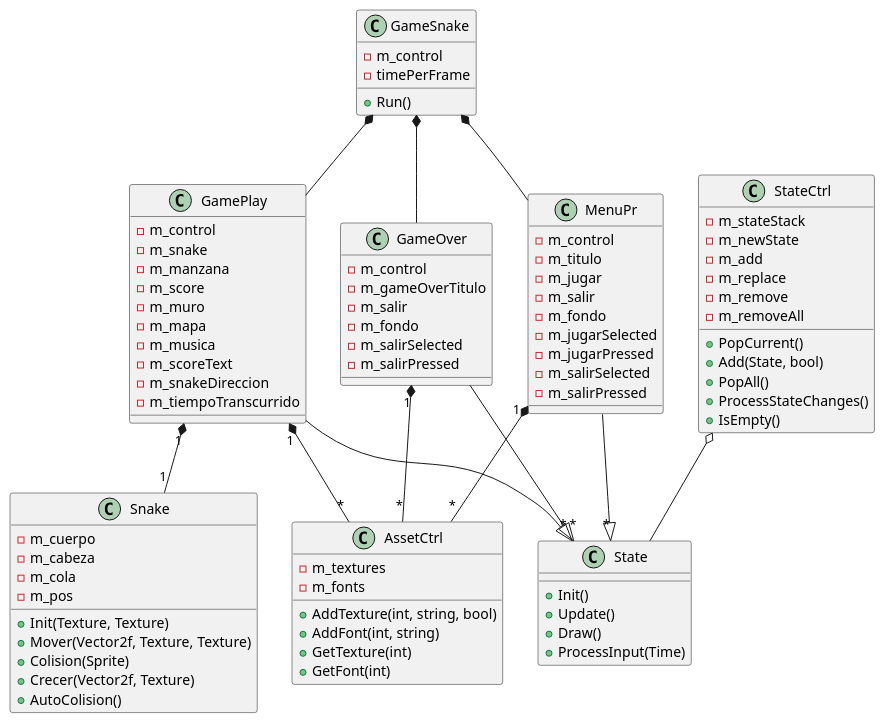
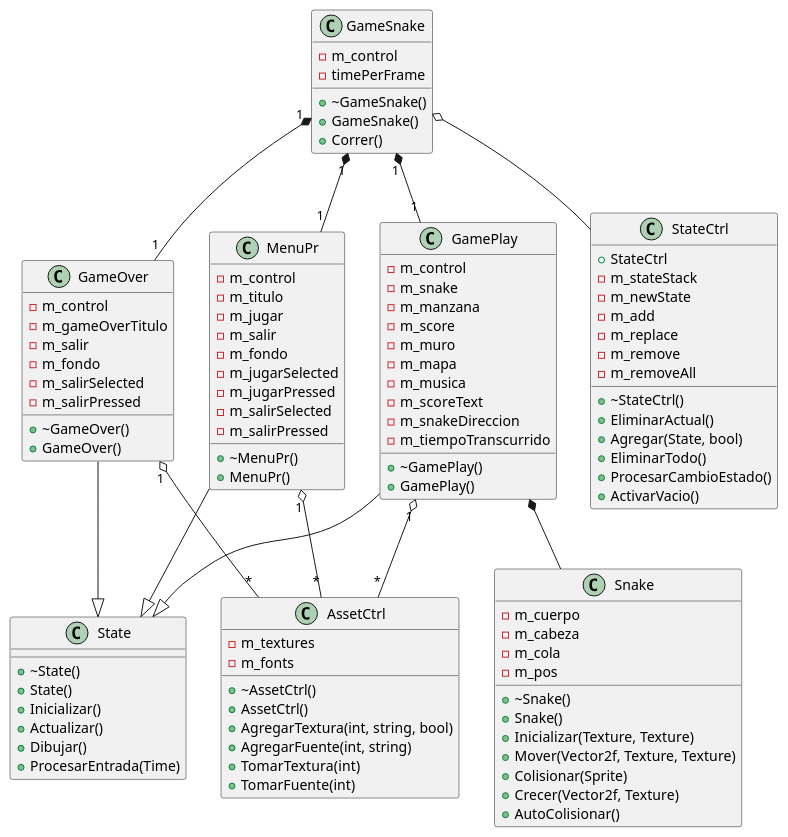
The diagram in docs/snake.puml (AlanDorantes/Snake), drawn with PlantUML before and after one commit.

Commit message:
Version 29

```diff
--- a/docs/snake.puml
+++ b/docs/snake.puml
@@ -1,98 +1,114 @@
 @startuml Snake
 
 class AssetCtrl{
+    +~AssetCtrl()
+    +AssetCtrl()
     -m_textures
     -m_fonts
-    +AddTexture(int, string, bool)
-    +AddFont(int, string)
-    +GetTexture(int)
-    +GetFont(int)
+    +AgregarTextura(int, string, bool)
+    +AgregarFuente(int, string)
+    +TomarTextura(int)
+    +TomarFuente(int)
 
 }
 
 class GameOver {
+    +~GameOver()
+    +GameOver()
     -m_control
     -m_gameOverTitulo
     -m_salir
     -m_fondo
     -m_salirSelected
     -m_salirPressed
 }
 
 class GamePlay {
+    +~GamePlay()
+    +GamePlay()
     -m_control
     -m_snake
     -m_manzana
     -m_score
     -m_muro
     -m_mapa
     -m_musica
     -m_scoreText
     -m_snakeDireccion
     -m_tiempoTranscurrido
 }
 
 class GameSnake{
+    +~GameSnake()
+    +GameSnake()
     -m_control
     -timePerFrame
-    +Run()
+    +Correr()
 }
 
 class MenuPr {
+    +~MenuPr()
+    +MenuPr()
     -m_control
     -m_titulo
     -m_jugar
     -m_salir
     -m_fondo
     -m_jugarSelected
     -m_jugarPressed
     -m_salirSelected
     -m_salirPressed
 }
 
 class Snake{
+    +~Snake()
+    +Snake()
     -m_cuerpo
     -m_cabeza
     -m_cola
     -m_pos
-    +Init(Texture, Texture)
+    +Inicializar(Texture, Texture)
     +Mover(Vector2f, Texture, Texture)
-    +Colision(Sprite)
+    +Colisionar(Sprite)
     +Crecer(Vector2f, Texture)
-    +AutoColision()
+    +AutoColisionar()
 }
 
 class State{
-    +Init()
-    +Update()
-    +Draw()
-    +ProcessInput(Time)
+    +~State()
+    +State()
+    +Inicializar()
+    +Actualizar()
+    +Dibujar()
+    +ProcesarEntrada(Time)
 }
 
 class StateCtrl{
+    +~StateCtrl()
+    +StateCtrl
     -m_stateStack
     -m_newState
     -m_add
     -m_replace
     -m_remove
     -m_removeAll
-    +PopCurrent()
-    +Add(State, bool)
-    +PopAll()
-    +ProcessStateChanges()
-    +IsEmpty()
+    +EliminarActual()
+    +Agregar(State, bool)
+    +EliminarTodo()
+    +ProcesarCambioEstado()
+    +ActivarVacio()
 }
 
-GameSnake *-- GameOver
-GameSnake *-- GamePlay
-GameSnake *-- MenuPr
-MenuPr "1" *-- "*" AssetCtrl
-GamePlay "1" *-- "*" AssetCtrl
-GameOver "1" *-- "*" AssetCtrl
-GamePlay "1" *-- "1" Snake
-GameOver --|> "*" State
-GamePlay --|> "*" State
-MenuPr --|> "*" State
-StateCtrl o-- State
+GameOver --|> State
+GamePlay --|> State
+MenuPr --|> State
+GameSnake "1" *-- "1" GameOver
+GameSnake "1" *-- "1" GamePlay
+GameSnake "1" *-- "1" MenuPr
+GameSnake o-- StateCtrl
+GameOver "1" o-- "*" AssetCtrl
+GamePlay *-- Snake
+GamePlay "1" o-- "*" AssetCtrl
+MenuPr "1" o-- "*" AssetCtrl
 
 @enduml
```
